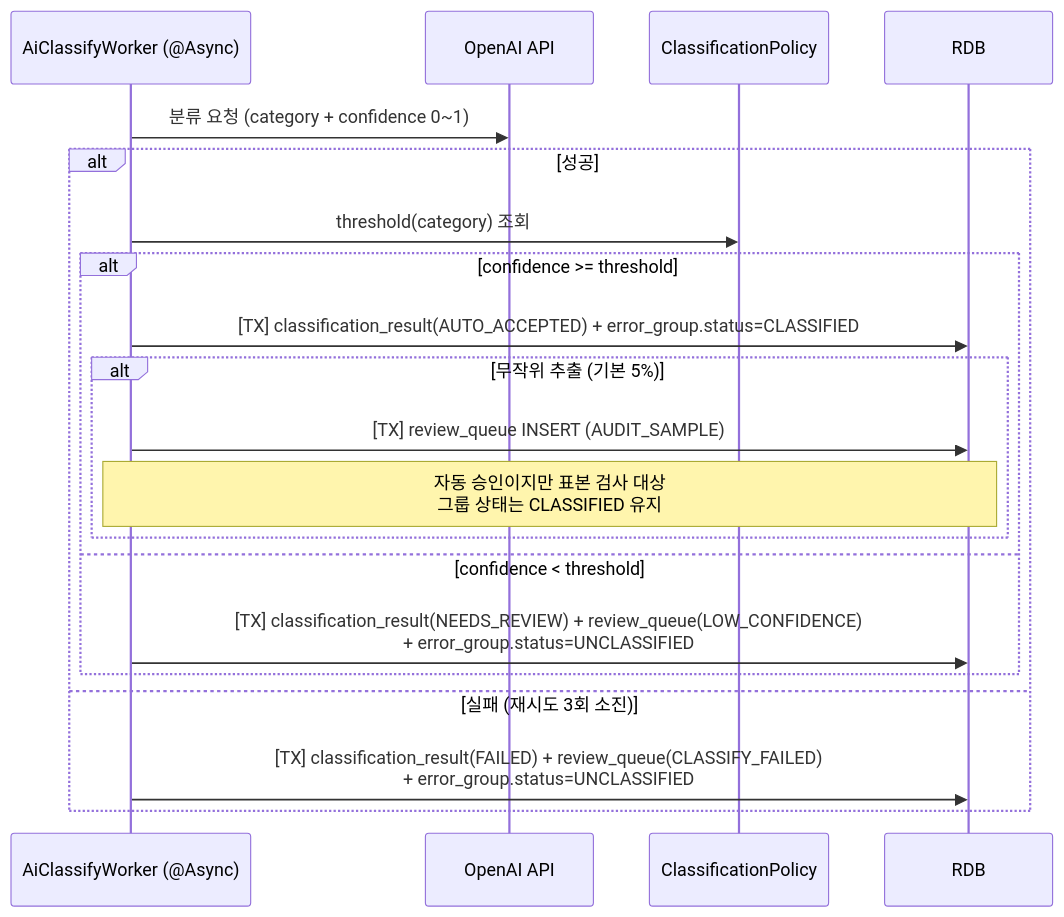
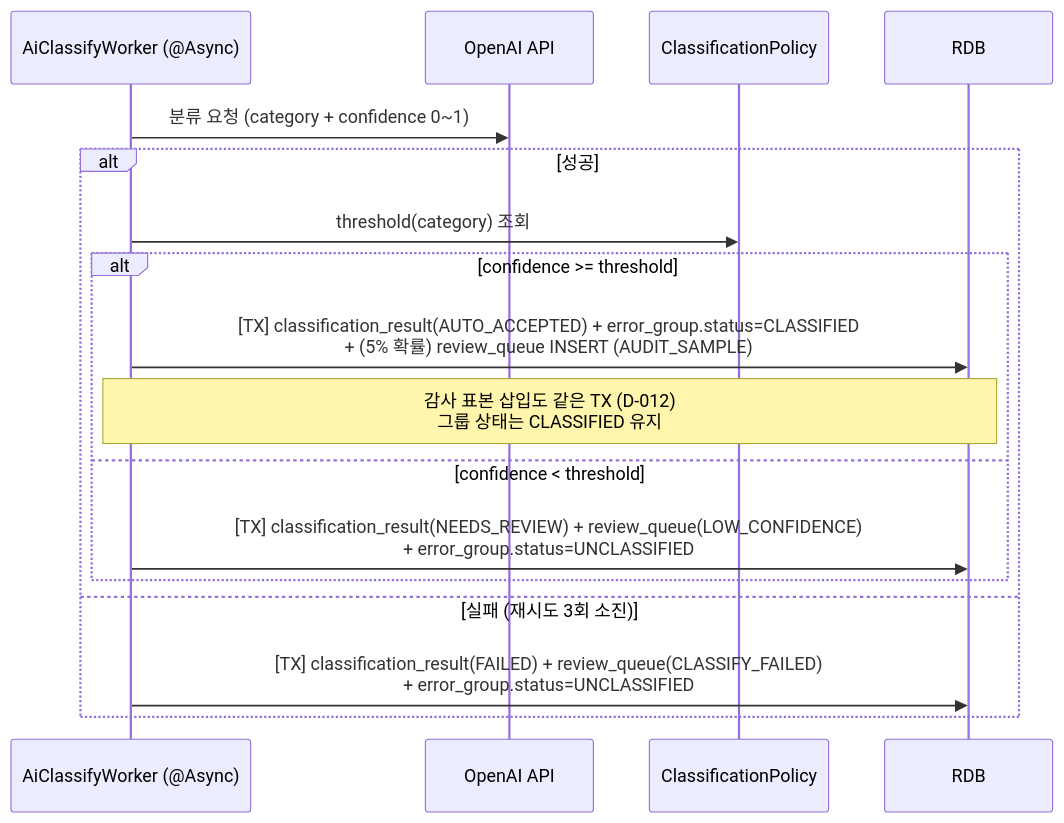
The second of 3 diagrams in PRD.md (GaeChwiRpg/dingco-1-team-01), drawn with Mermaid before and after one commit. The commit also changed other lines of this file and 3 other files, not shown here.

````diff
--- a/PRD.md
+++ b/PRD.md
@@ -132,24 +133,21 @@
 ```mermaid
 sequenceDiagram
     participant W as AiClassifyWorker (@Async)
     participant AI as OpenAI API
     participant P as ClassificationPolicy
     participant DB as RDB
 
     W->>AI: 분류 요청 (category + confidence 0~1)
 
     alt 성공
         W->>P: threshold(category) 조회
         alt confidence >= threshold
-            W->>DB: [TX] classification_result(AUTO_ACCEPTED) + error_group.status=CLASSIFIED
-            alt 무작위 추출 (기본 5%)
-                W->>DB: [TX] review_queue INSERT (AUDIT_SAMPLE)
-                Note over W,DB: 자동 승인이지만 표본 검사 대상<br/>그룹 상태는 CLASSIFIED 유지
-            end
+            W->>DB: [TX] classification_result(AUTO_ACCEPTED) + error_group.status=CLASSIFIED<br/>+ (5% 확률) review_queue INSERT (AUDIT_SAMPLE)
+            Note over W,DB: 감사 표본 삽입도 같은 TX (D-012)<br/>그룹 상태는 CLASSIFIED 유지
         else confidence < threshold
             W->>DB: [TX] classification_result(NEEDS_REVIEW) + review_queue(LOW_CONFIDENCE)<br/>+ error_group.status=UNCLASSIFIED
         end
     else 실패 (재시도 3회 소진)
         W->>DB: [TX] classification_result(FAILED) + review_queue(CLASSIFY_FAILED)<br/>+ error_group.status=UNCLASSIFIED
     end
 ```
````
